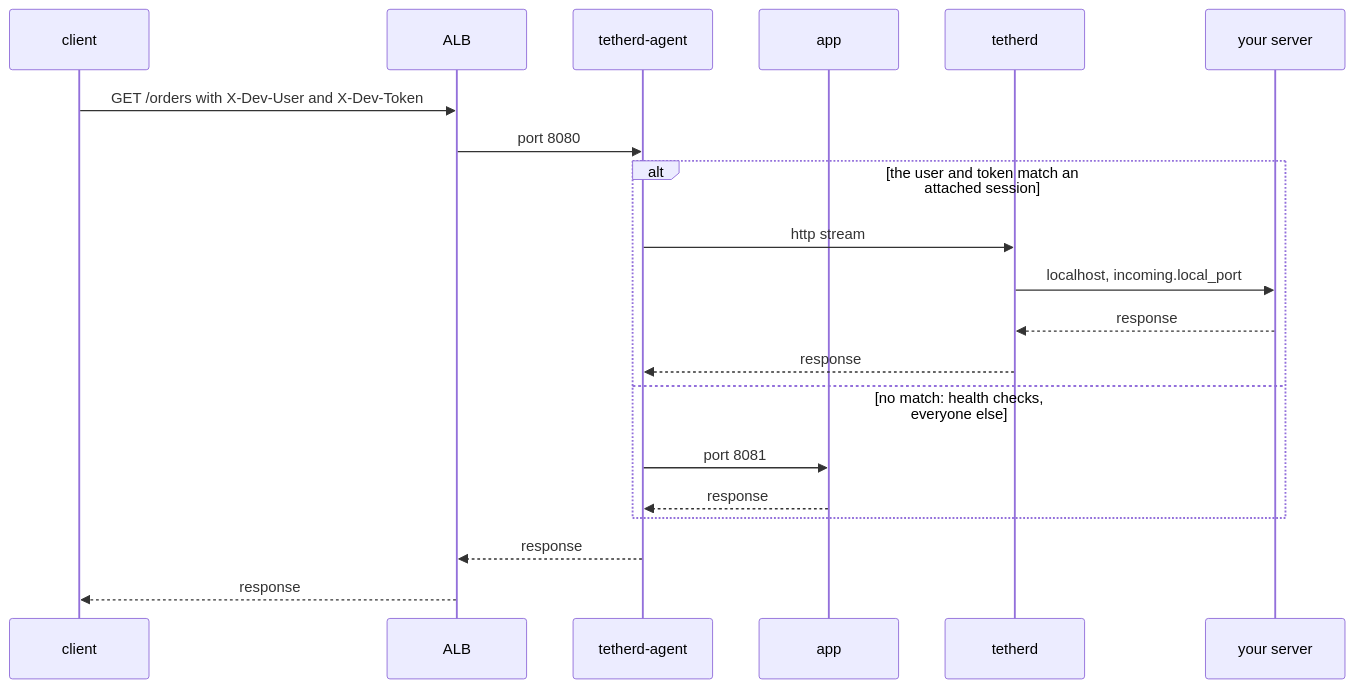
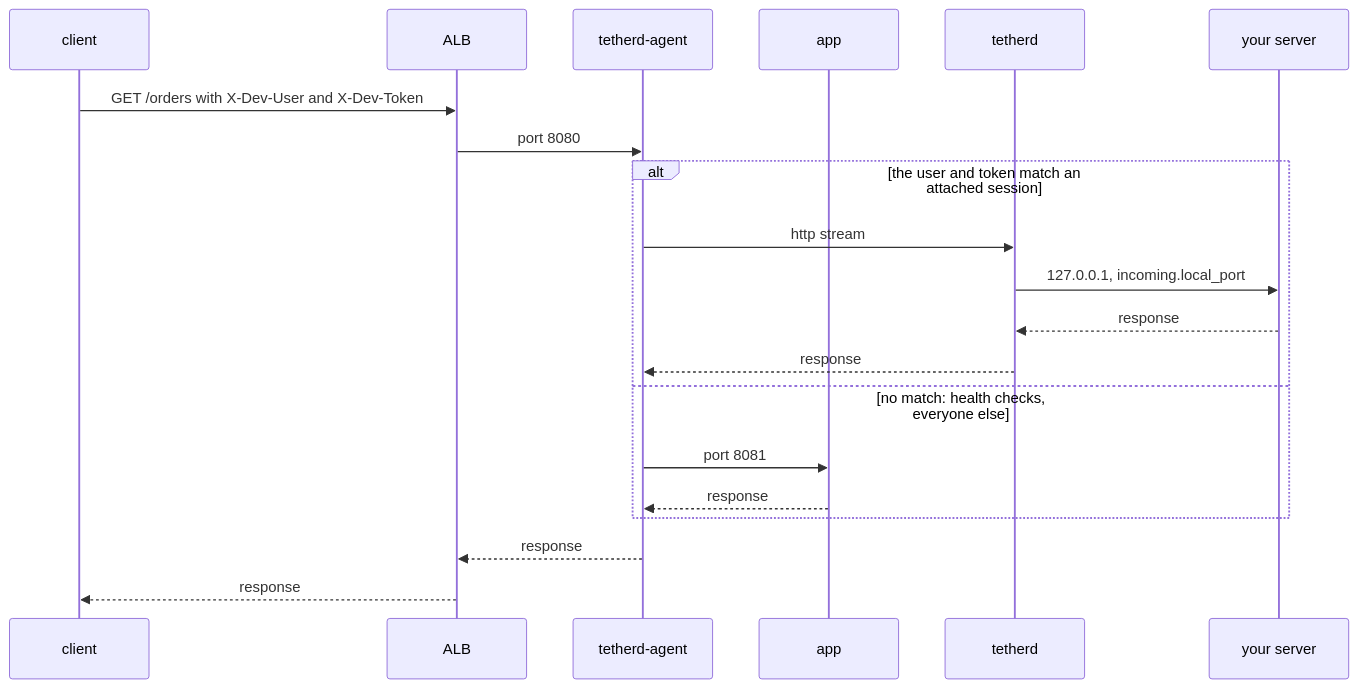
One commit to kyosu-1/tetherd changed the third of 3 diagrams in README.md. Above: the diagram before and after it, drawn with Mermaid. The commit also changed other lines of this file, not shown here.

````diff
--- a/README.md
+++ b/README.md
@@ -279,22 +231,22 @@
 ```mermaid
 sequenceDiagram
   participant B as client
   participant L as ALB
   participant A as tetherd-agent
   participant P as app
   participant T as tetherd
   participant Y as your server
   B->>L: GET /orders with X-Dev-User and X-Dev-Token
   L->>A: port 8080
   alt the user and token match an attached session
     A->>T: http stream
-    T->>Y: localhost, incoming.local_port
+    T->>Y: 127.0.0.1, incoming.local_port
     Y-->>T: response
     T-->>A: response
   else no match: health checks, everyone else
     A->>P: port 8081
     P-->>A: response
   end
   A-->>L: response
   L-->>B: response
 ```
````
